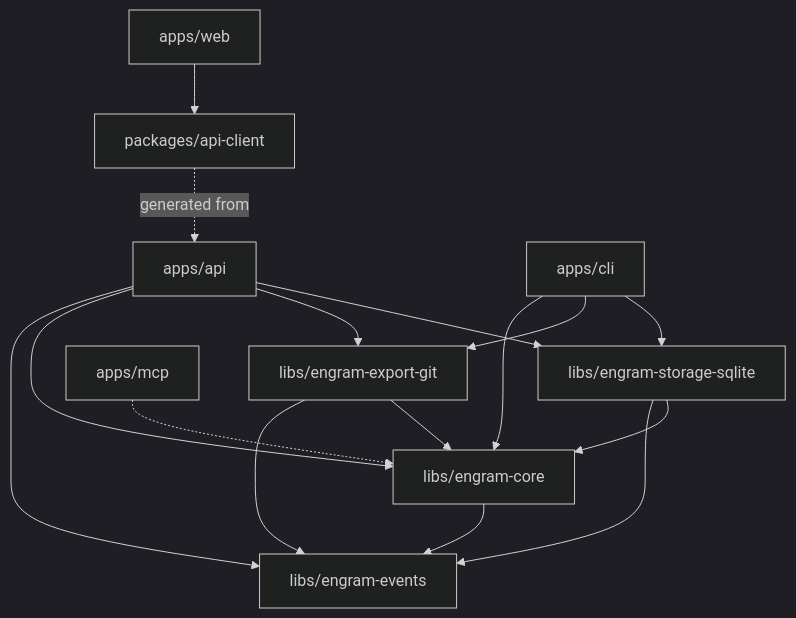
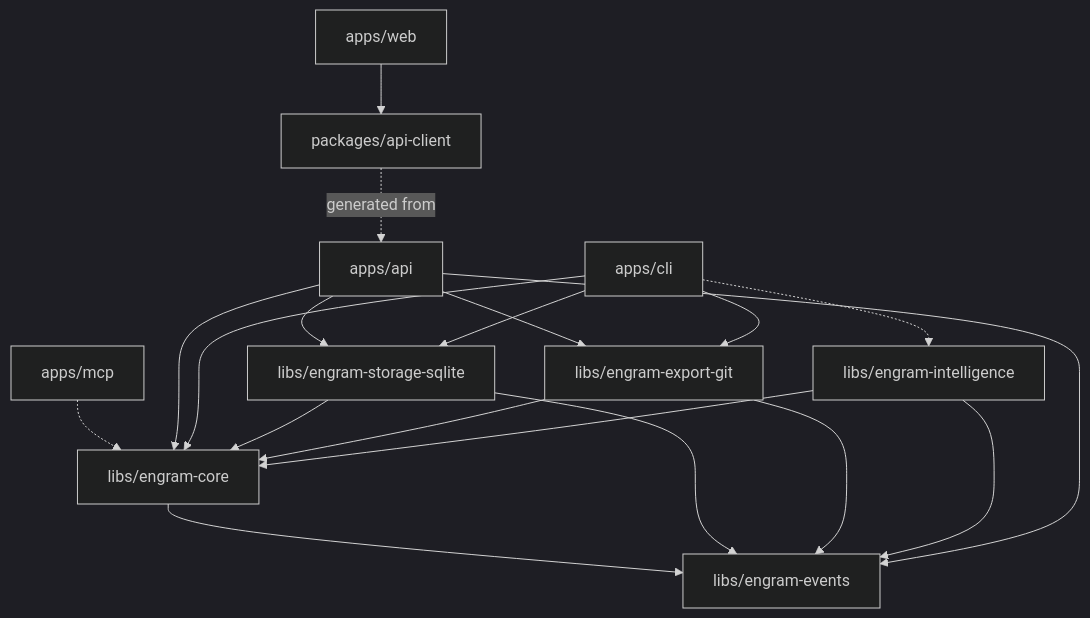
One commit to DINGUSPUNGUS/Engram changed the diagram in docs/architecture.md. Above: the diagram before and after it, drawn with Mermaid (dark theme). The commit also changed other lines of this file and 38 other files, not shown here.

First line of the commit message:
feat(intelligence): phase 0.75 — intelligence architecture

````diff
--- a/docs/architecture.md
+++ b/docs/architecture.md
@@ -96,18 +101,21 @@
 ```mermaid
 graph TD
     api[apps/api] --> storage[libs/engram-storage-sqlite]
     api --> export[libs/engram-export-git]
     cli[apps/cli] --> storage
     cli --> export
+    cli -.-> intel[libs/engram-intelligence]
     mcp[apps/mcp] -.-> core
     api --> core[libs/engram-core]
     cli --> core
     storage --> core
     export --> core
+    intel --> core
     core --> events[libs/engram-events]
     storage --> events
     export --> events
+    intel --> events
     api --> events
     web[apps/web] --> client[packages/api-client]
     client -. generated from .-> api
 ```
````
